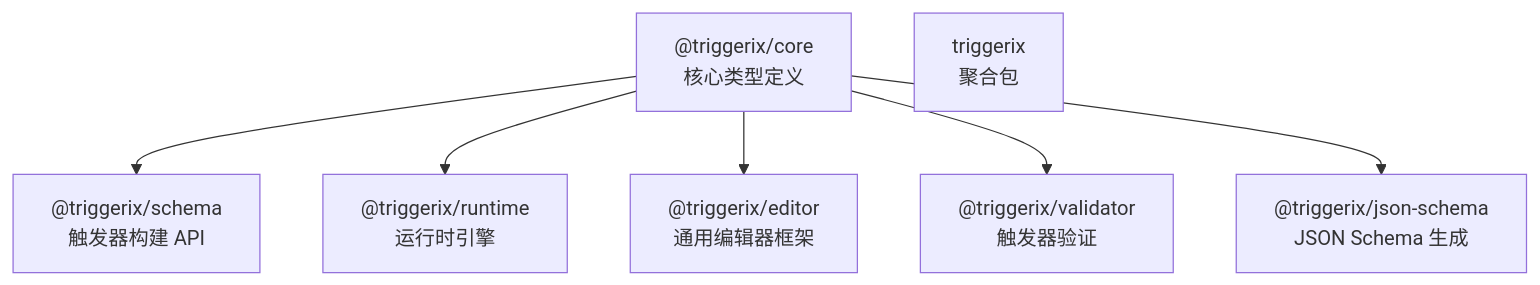
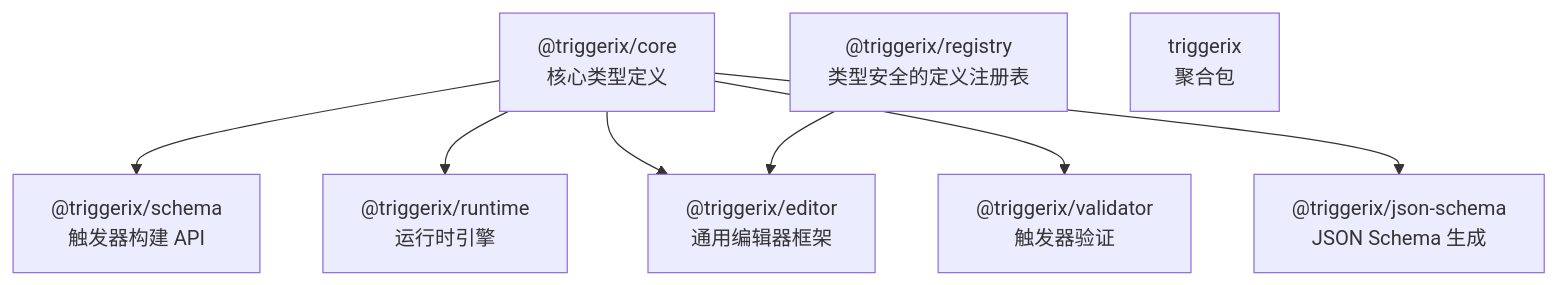
One commit to triggerix-lang/triggerix-lang.github.io changed the first of 4 diagrams in README_CN.md. Above: the diagram before and after it, drawn with Mermaid. The commit also changed other lines of this file and 1 other file, not shown here.

````diff
--- a/README_CN.md
+++ b/README_CN.md
@@ -93,10 +93,12 @@
 ```mermaid
 graph TD
     Core["@triggerix/core<br/>核心类型定义"]
+    Registry["@triggerix/registry<br/>类型安全的定义注册表"]
     Core --> Schema["@triggerix/schema<br/>触发器构建 API"]
     Core --> Runtime["@triggerix/runtime<br/>运行时引擎"]
     Core --> Editor["@triggerix/editor<br/>通用编辑器框架"]
     Core --> Validator["@triggerix/validator<br/>触发器验证"]
     Core --> JsonSchema["@triggerix/json-schema<br/>JSON Schema 生成"]
+    Registry --> Editor
     Aggregate["triggerix<br/>聚合包"]
 ```
````
